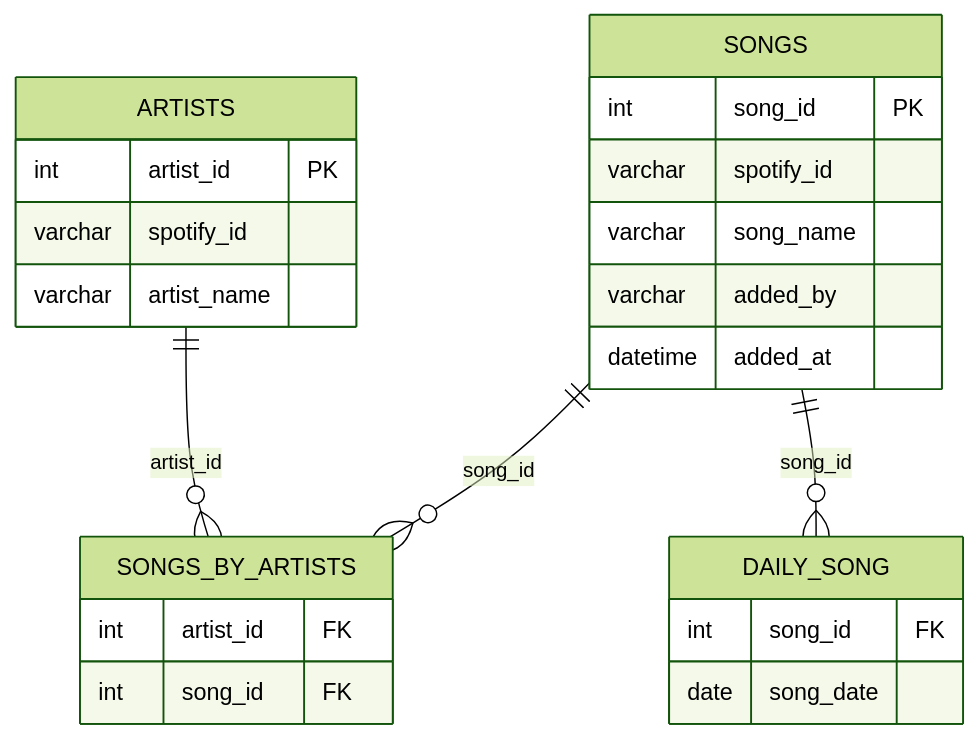
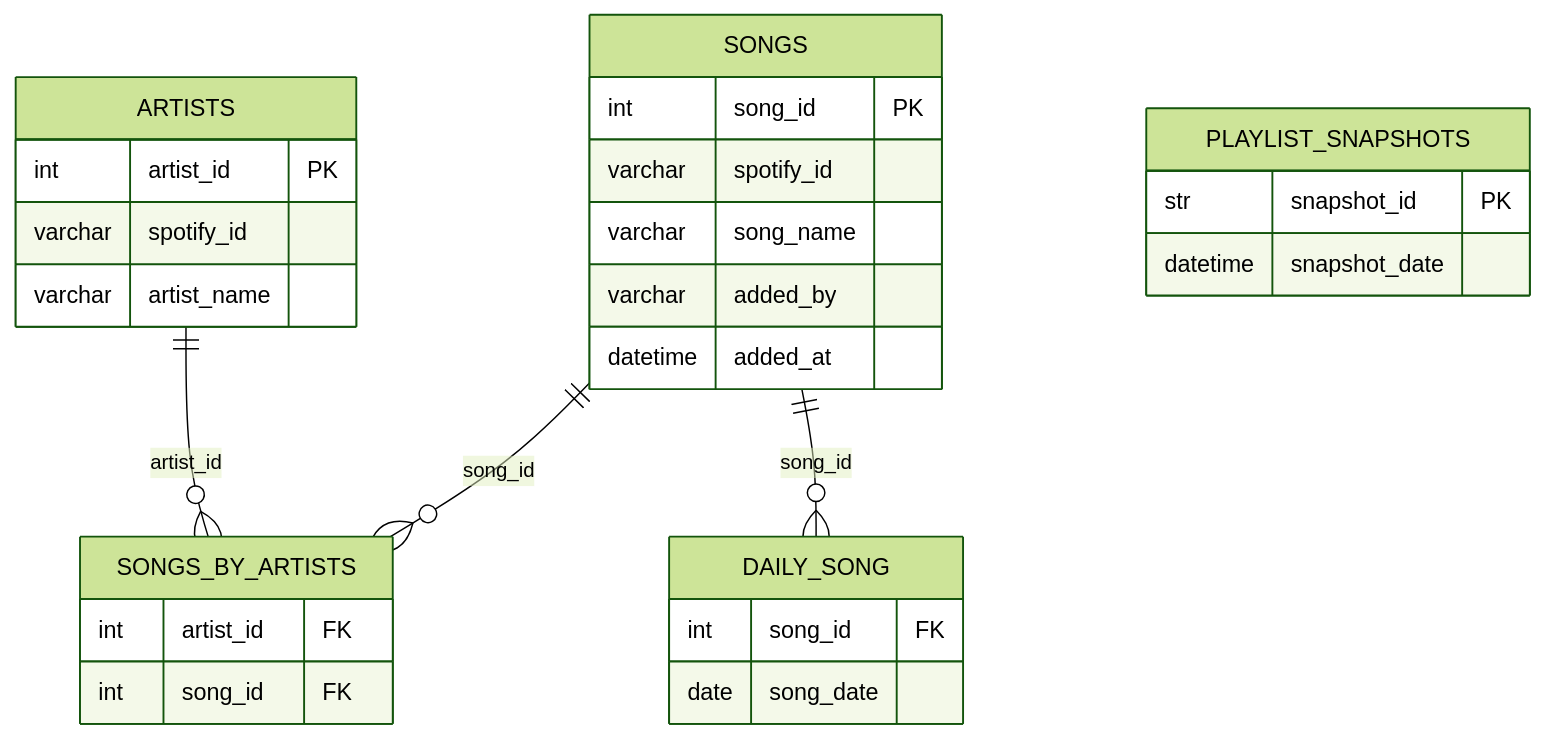
Before and after one commit to zawislakm/RatPartyMixTracker: the diagram in README.md, drawn with Mermaid (forest theme). The commit also changed 5 other files, not shown here.

````diff
--- a/README.md
+++ b/README.md
@@ -22,32 +22,38 @@
 ```mermaid
 erDiagram
     ARTISTS {
         int  artist_id PK
         varchar spotify_id
         varchar artist_name
     }
 
     SONGS {
         int  song_id PK
         varchar spotify_id
         varchar song_name
         varchar added_by
         datetime added_at  
     }
 
     SONGS_BY_ARTISTS {
         int artist_id FK
         int song_id FK
     }
 
     DAILY_SONG {
         int  song_id FK
         date song_date
     }
+    
+    PLAYLIST_SNAPSHOTS {
+        str  snapshot_id PK
+        datetime snapshot_date
+    }
+
 
 ARTISTS ||--o{ SONGS_BY_ARTISTS : "artist_id"
 SONGS ||--o{ SONGS_BY_ARTISTS : "song_id"
 SONGS ||--o{ DAILY_SONG : "song_id"
 
 
 ```
````
